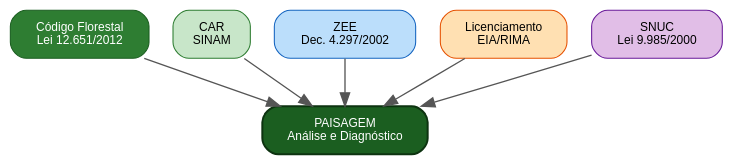
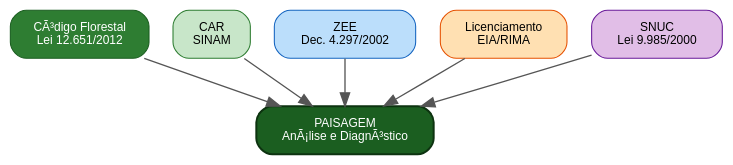
One commit to ldvsantos/cv changed the first of 2 diagrams in aulas/analise_paisagem/aulas/legislacao_ambiental_paisagem/legislacao_ambiental_paisagem.qmd. Above: the diagram before and after it, drawn with Graphviz. The commit also changed other lines of this file and 466 other files, not shown here.

````diff
--- a/aulas/analise_paisagem/aulas/legislacao_ambiental_paisagem/legislacao_ambiental_paisagem.qmd
+++ b/aulas/analise_paisagem/aulas/legislacao_ambiental_paisagem/legislacao_ambiental_paisagem.qmd
@@ -68,23 +66,23 @@
 ```{dot}
 //| fig-cap: "Instrumentos legais que incidem sobre a paisagem rural brasileira."
 //| fig-width: 5
 digraph {
     rankdir=TB
     bgcolor="transparent"
     node [shape=box, style="rounded,filled", fontname="Helvetica", fontsize=9, margin="0.2,0.1", penwidth=0.8]
     edge [color="#555555", penwidth=1.0]
 
-    CF [label="Código Florestal\nLei 12.651/2012", fillcolor="#2E7D32", fontcolor="white", color="#1B5E20"]
+    CF [label="CÃ³digo Florestal\nLei 12.651/2012", fillcolor="#2E7D32", fontcolor="white", color="#1B5E20"]
     CAR [label="CAR\nSINAM", fillcolor="#C8E6C9", color="#2E7D32"]
     ZEE [label="ZEE\nDec. 4.297/2002", fillcolor="#BBDEFB", color="#1565C0"]
     LIC [label="Licenciamento\nEIA/RIMA", fillcolor="#FFE0B2", color="#E65100"]
     SNUC [label="SNUC\nLei 9.985/2000", fillcolor="#E1BEE7", color="#6A1B9A"]
-    P [label="PAISAGEM\nAnálise e Diagnóstico", fillcolor="#1B5E20", fontcolor="white", color="#0D3310", penwidth=1.5]
+    P [label="PAISAGEM\nAnÃ¡lise e DiagnÃ³stico", fillcolor="#1B5E20", fontcolor="white", color="#0D3310", penwidth=1.5]
 
     CF -> P
     CAR -> P
     ZEE -> P
     LIC -> P
     SNUC -> P
 }
 ```
````
